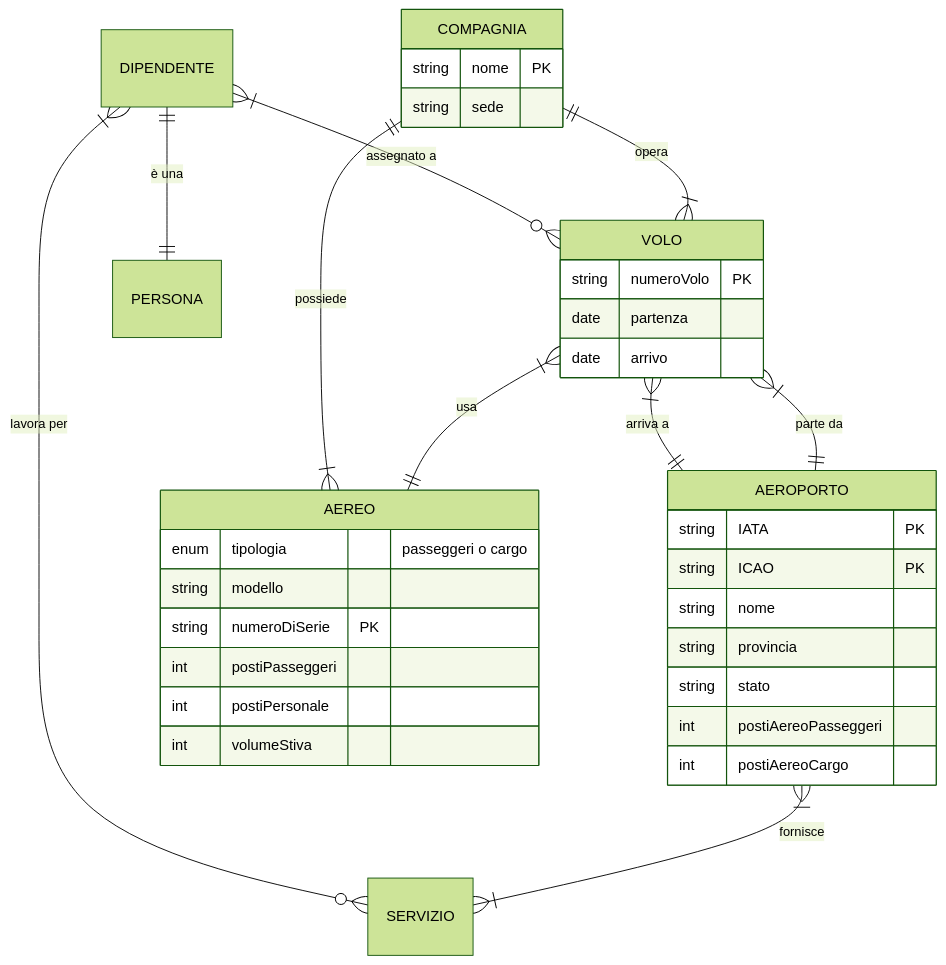
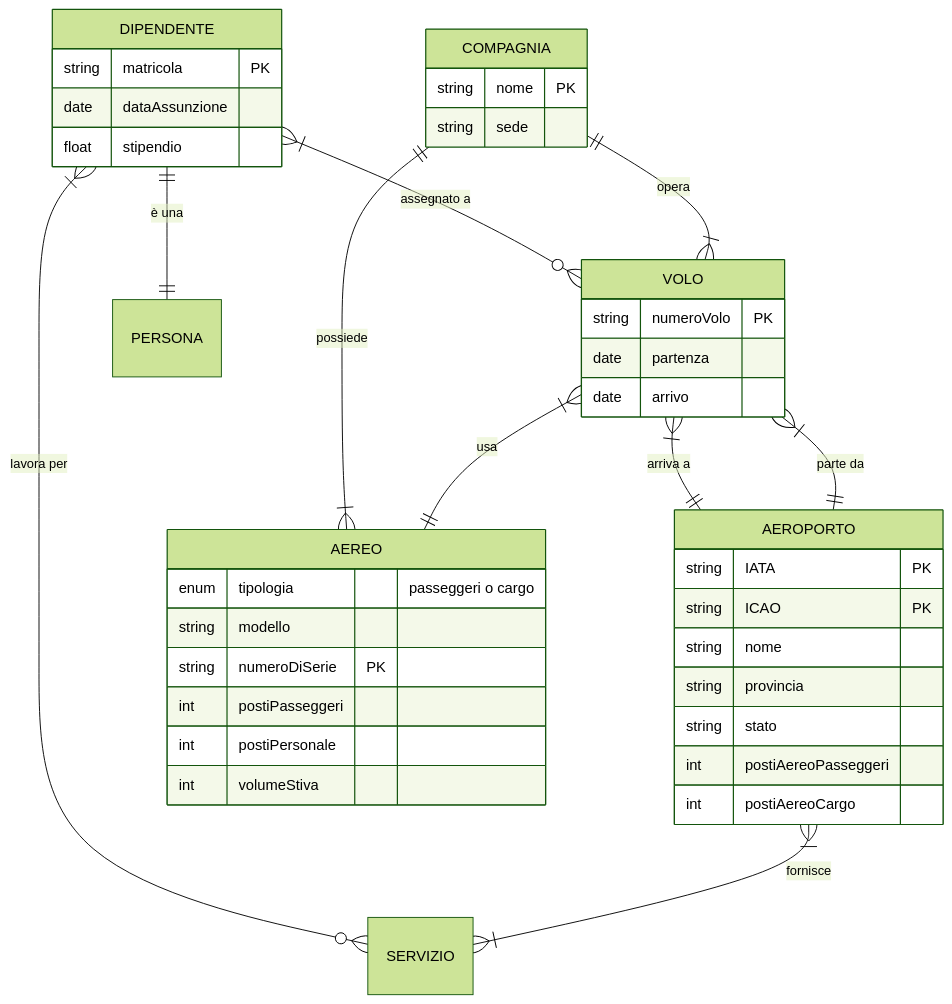
Before and after one commit to Diebbo/aereodb: the second of 6 diagrams in RELAZIONE.md, drawn with Mermaid (forest theme).

Commit message:
fix  attributi dipendente

````diff
--- a/RELAZIONE.md
+++ b/RELAZIONE.md
@@ -211,42 +211,47 @@
 ```mermaid
 erDiagram
     AEROPORTO }|--|{ SERVIZIO: "fornisce"
 
     VOLO }|--|| AEROPORTO: "parte da"
     VOLO }|--|| AEROPORTO: "arriva a"
     VOLO }|--|| AEREO: "usa"
 
     COMPAGNIA ||--|{ VOLO: "opera"
     COMPAGNIA ||--|{ AEREO: "possiede"
 
     DIPENDENTE ||--|| PERSONA: "è una"
     DIPENDENTE }|--o{ VOLO: "assegnato a"
     DIPENDENTE }|--o{ SERVIZIO: "lavora per"
 
     AEROPORTO {
         string IATA PK
         string ICAO PK
         string nome
         string provincia
         string stato
         int postiAereoPasseggeri
         int postiAereoCargo
     }
     VOLO {
         string numeroVolo PK
         date partenza
         date arrivo
     }
     AEREO {
         enum tipologia "passeggeri o cargo"
         string modello
         string numeroDiSerie PK
         int postiPasseggeri
         int postiPersonale
         int volumeStiva
     }
     COMPAGNIA {
         string nome PK
         string sede
     }
+    DIPENDENTE {
+        string matricola PK
+        date dataAssunzione
+        float stipendio
+    }
 ```
````
